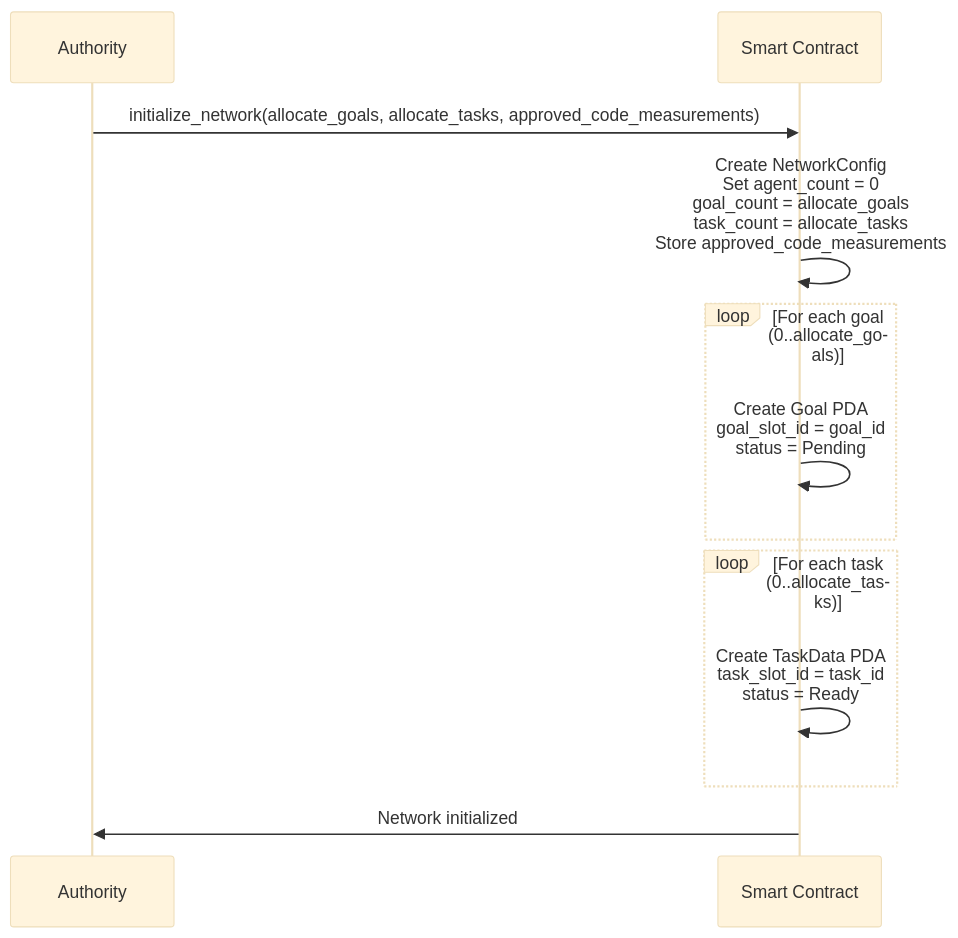
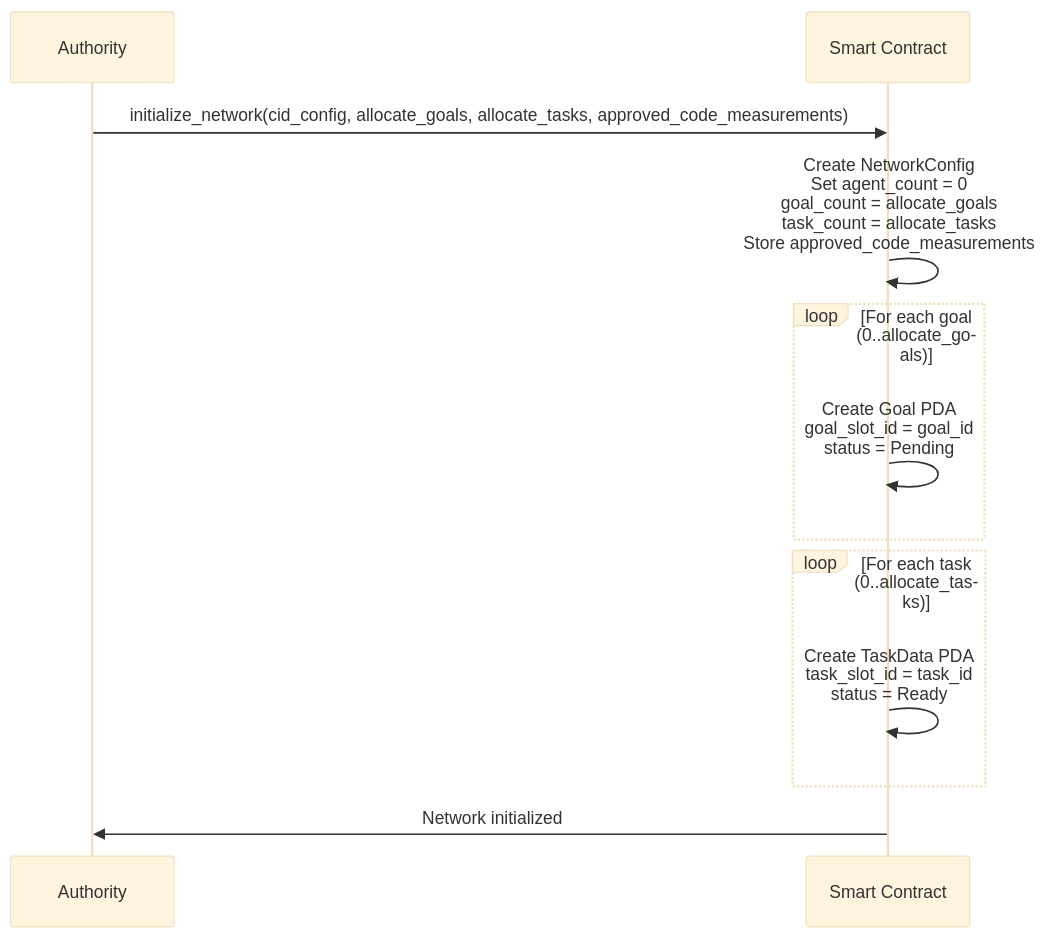
The first of 12 diagrams in docs/design.md (JorgeCosta87/decentralized-autonomous-computing), drawn with Mermaid (base theme) before and after one commit. The commit also changed other lines of this file and 8 other files, not shown here.

Commit message:
Add network state and add field config_cid

````diff
--- a/docs/design.md
+++ b/docs/design.md
@@ -129,18 +131,18 @@
 ```mermaid
 sequenceDiagram
     participant Auth as Authority
     participant DAC as Smart Contract
     
-    Auth->>DAC: initialize_network(allocate_goals, allocate_tasks, approved_code_measurements)
+    Auth->>DAC: initialize_network(cid_config, allocate_goals, allocate_tasks, approved_code_measurements)
     DAC->>DAC: Create NetworkConfig<br/>Set agent_count = 0<br/>goal_count = allocate_goals<br/>task_count = allocate_tasks<br/>Store approved_code_measurements
     
     loop For each goal (0..allocate_goals)
         DAC->>DAC: Create Goal PDA<br/>goal_slot_id = goal_id<br/>status = Pending
     end
     
     loop For each task (0..allocate_tasks)
         DAC->>DAC: Create TaskData PDA<br/>task_slot_id = task_id<br/>status = Ready
     end
     
     DAC->>Auth: Network initialized
 ```
````
